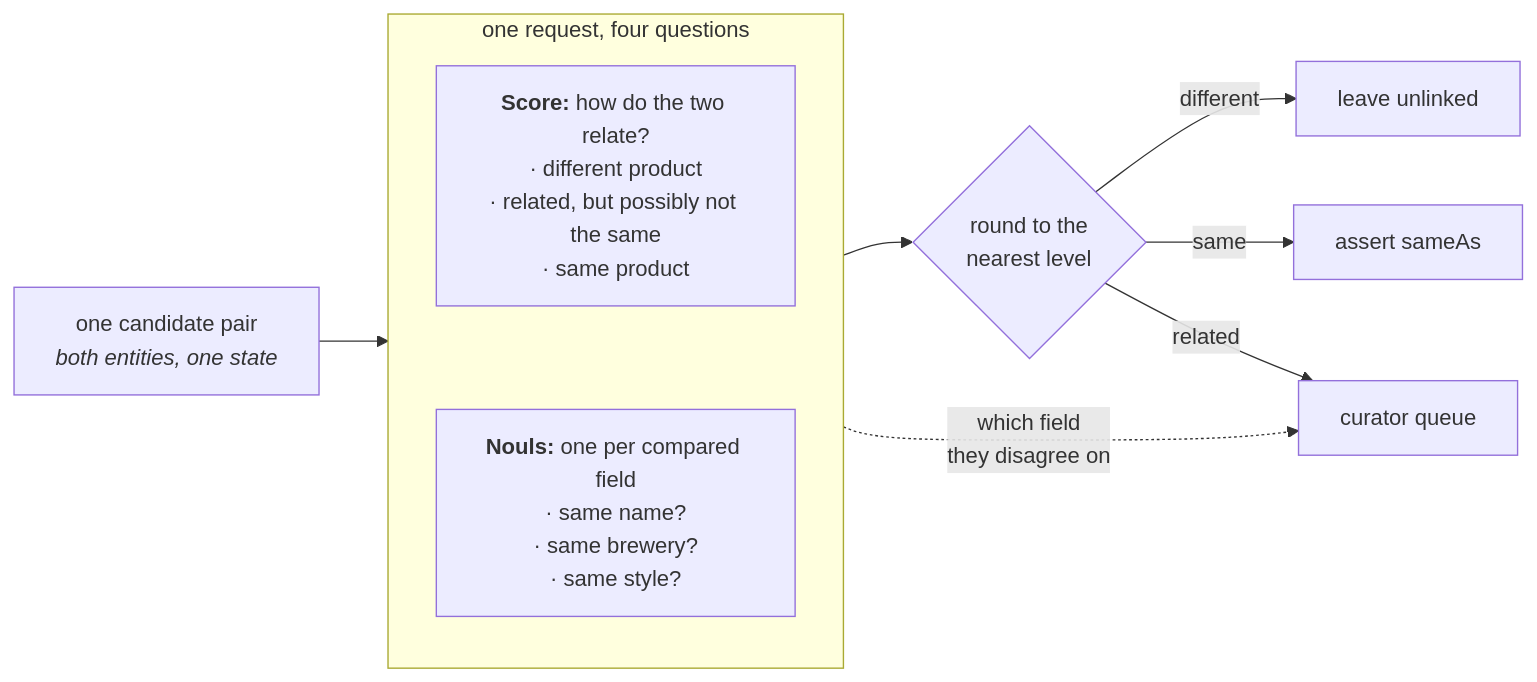
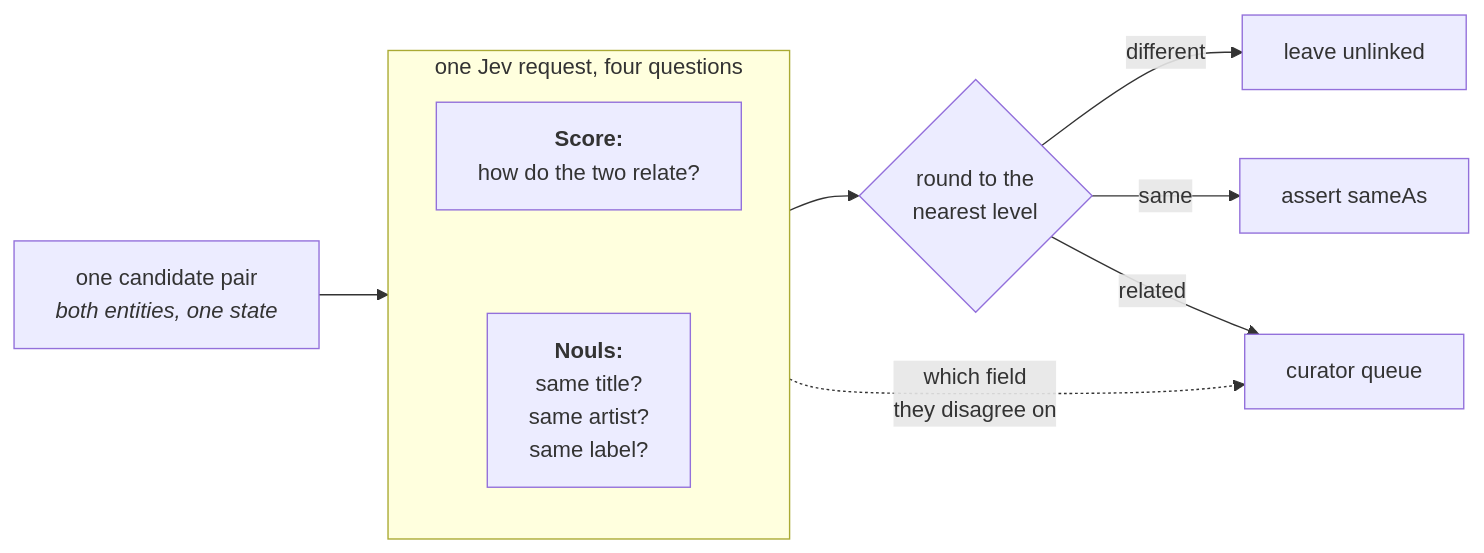
The diagram in docs/cookbooks/entity_alignment.md (IamKrill1n/typesafe-docs), drawn with Mermaid before and after one commit. The commit also changed other lines of this file and 62 other files, not shown here.

````diff
--- a/docs/cookbooks/entity_alignment.md
+++ b/docs/cookbooks/entity_alignment.md
@@ -42,25 +24,25 @@
 ```mermaid actions={true}
 flowchart LR
     PAIR["one candidate pair<br/><i>both entities, one state</i>"] --> CALL
 
-    subgraph CALL["one request, four questions"]
+    subgraph CALL["one Jev request, four questions"]
         direction TB
-        S["<b>Score:</b> how do the two relate?<br/>· different product<br/>· related, but possibly not the same<br/>· same product"]
-        N["<b>Nouls:</b> one per compared field<br/>· same name?<br/>· same brewery?<br/>· same style?"]
+        S["<b>Score:</b><br/>how do the two relate?"]
+        N["<b>Nouls:</b><br/>same title?<br/>same artist?<br/>same label?"]
         %% invisible link: without an edge these two share a rank, which in a TB
         %% subgraph puts them side by side instead of stacked
         S ~~~ N
     end
 
     S --> R{"round to the<br/>nearest level"}
     R purple_diff@-->|"different"| DROP["leave unlinked"]
     R green_same@-->|"same"| M["assert sameAs"]
     %% the queue is last so the dotted edge below reaches it without crossing
     %% the arrow into `assert sameAs`
     R blue_related@-->|"related"| Q["curator queue"]
     N blue_field@-.->|"which field<br/>they disagree on"| Q
     %% Branch colours (styles.css): node classes and green_/blue_/purple_/orange_ edge ids.
     class M neonGreen
     class Q neonBlue
     class DROP neonPurple
 ```
````
